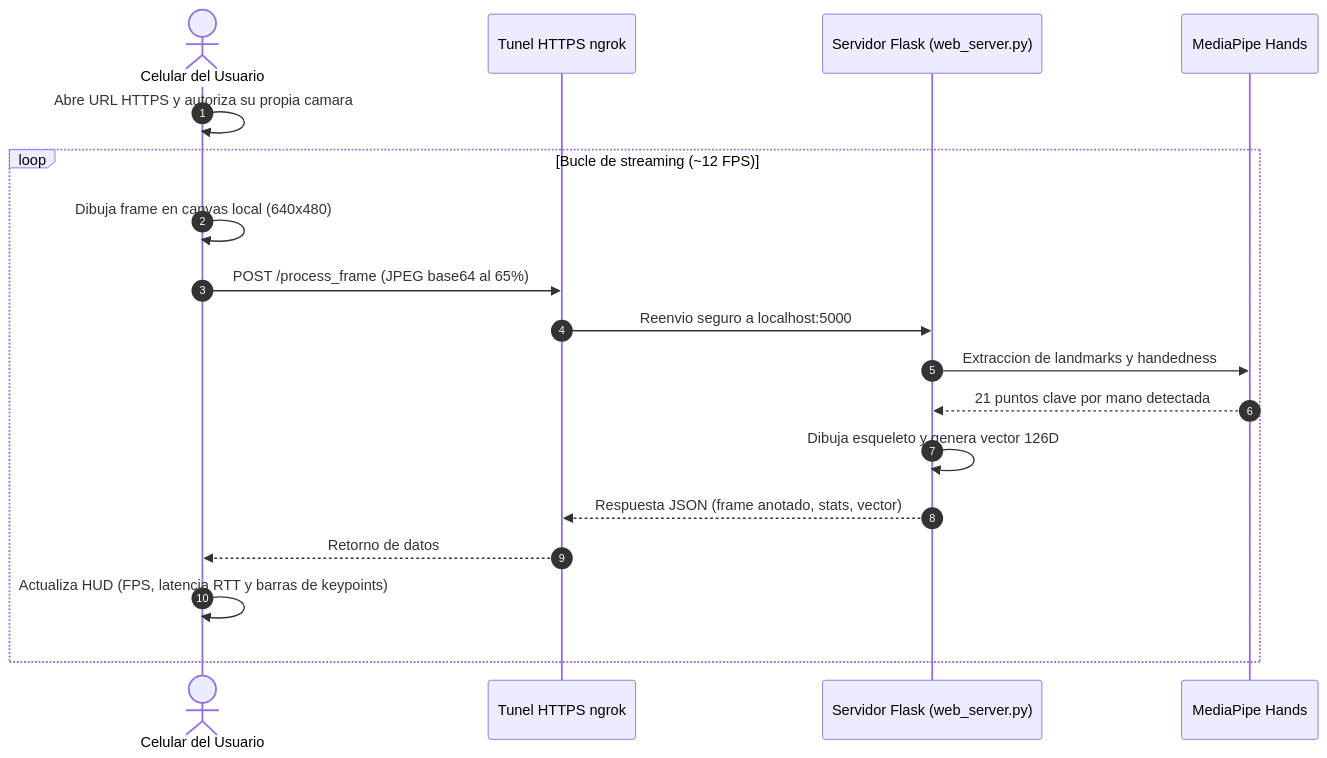
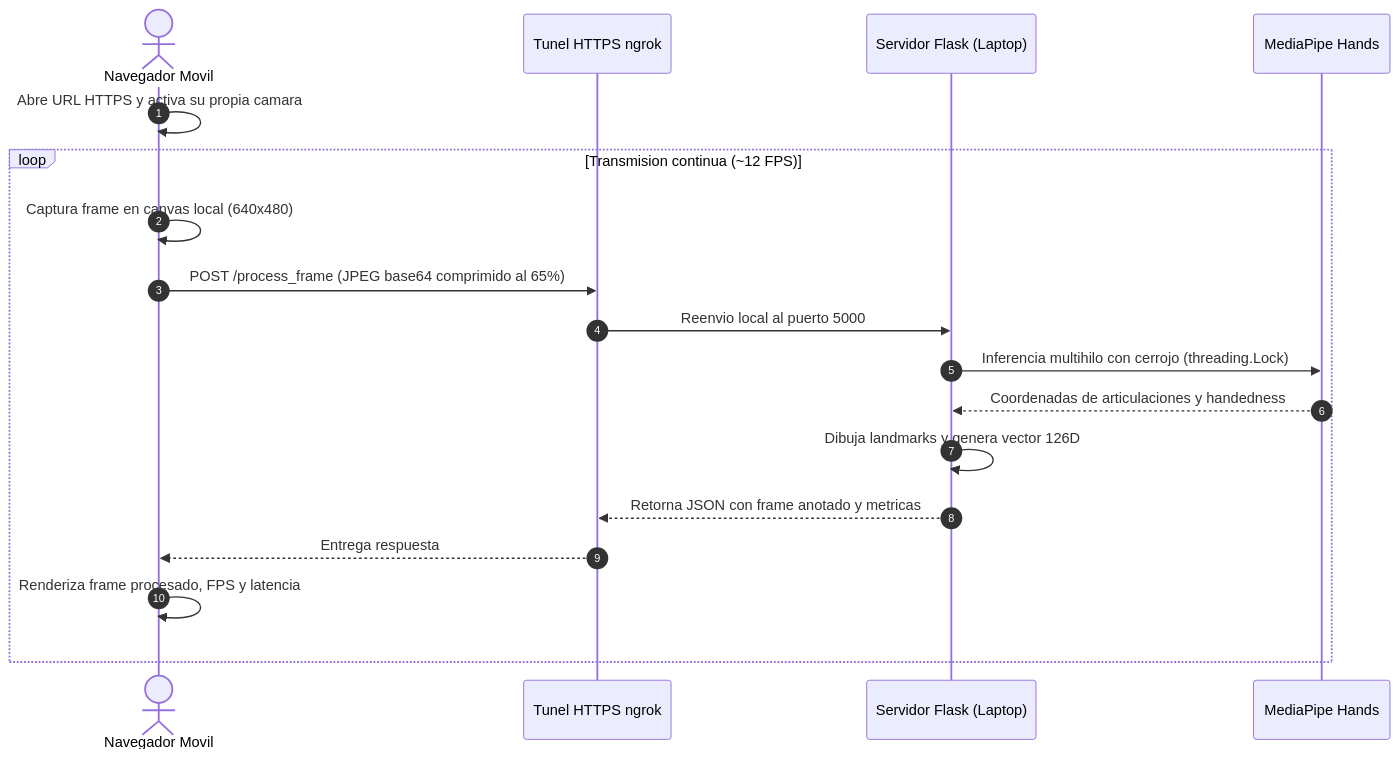
Before and after one commit to mrln-trrs/interprete-lsp: the second of 2 diagrams in article.md, drawn with Mermaid. The commit also changed other lines of this file, not shown here.

Commit message:
docs: adaptar article.md a la plantilla por profundidad de atencion del blog personal

````diff
--- a/article.md
+++ b/article.md
@@ -80,21 +141,21 @@
 ```mermaid
 sequenceDiagram
     autonumber
-    actor Usuario as Celular del Usuario
-    participant Tunel as Tunel HTTPS ngrok
-    participant Servidor as Servidor Flask (web_server.py)
+    actor Celular as Navegador Movil
+    participant Ngrok as Tunel HTTPS ngrok
+    participant Flask as Servidor Flask (Laptop)
     participant Motor as MediaPipe Hands
 
-    Usuario->>Usuario: Abre URL HTTPS y autoriza su propia camara
-    loop Bucle de streaming (~12 FPS)
-        Usuario->>Usuario: Dibuja frame en canvas local (640x480)
-        Usuario->>Tunel: POST /process_frame (JPEG base64 al 65%)
-        Tunel->>Servidor: Reenvio seguro a localhost:5000
-        Servidor->>Motor: Extraccion de landmarks y handedness
-        Motor-->>Servidor: 21 puntos clave por mano detectada
-        Servidor->>Servidor: Dibuja esqueleto y genera vector 126D
-        Servidor-->>Tunel: Respuesta JSON (frame anotado, stats, vector)
-        Tunel-->>Usuario: Retorno de datos
-        Usuario->>Usuario: Actualiza HUD (FPS, latencia RTT y barras de keypoints)
+    Celular->>Celular: Abre URL HTTPS y activa su propia camara
+    loop Transmision continua (~12 FPS)
+        Celular->>Celular: Captura frame en canvas local (640x480)
+        Celular->>Ngrok: POST /process_frame (JPEG base64 comprimido al 65%)
+        Ngrok->>Flask: Reenvio local al puerto 5000
+        Flask->>Motor: Inferencia multihilo con cerrojo (threading.Lock)
+        Motor-->>Flask: Coordenadas de articulaciones y handedness
+        Flask->>Flask: Dibuja landmarks y genera vector 126D
+        Flask-->>Ngrok: Retorna JSON con frame anotado y metricas
+        Ngrok-->>Celular: Entrega respuesta
+        Celular->>Celular: Renderiza frame procesado, FPS y latencia
     end
 ```
````
